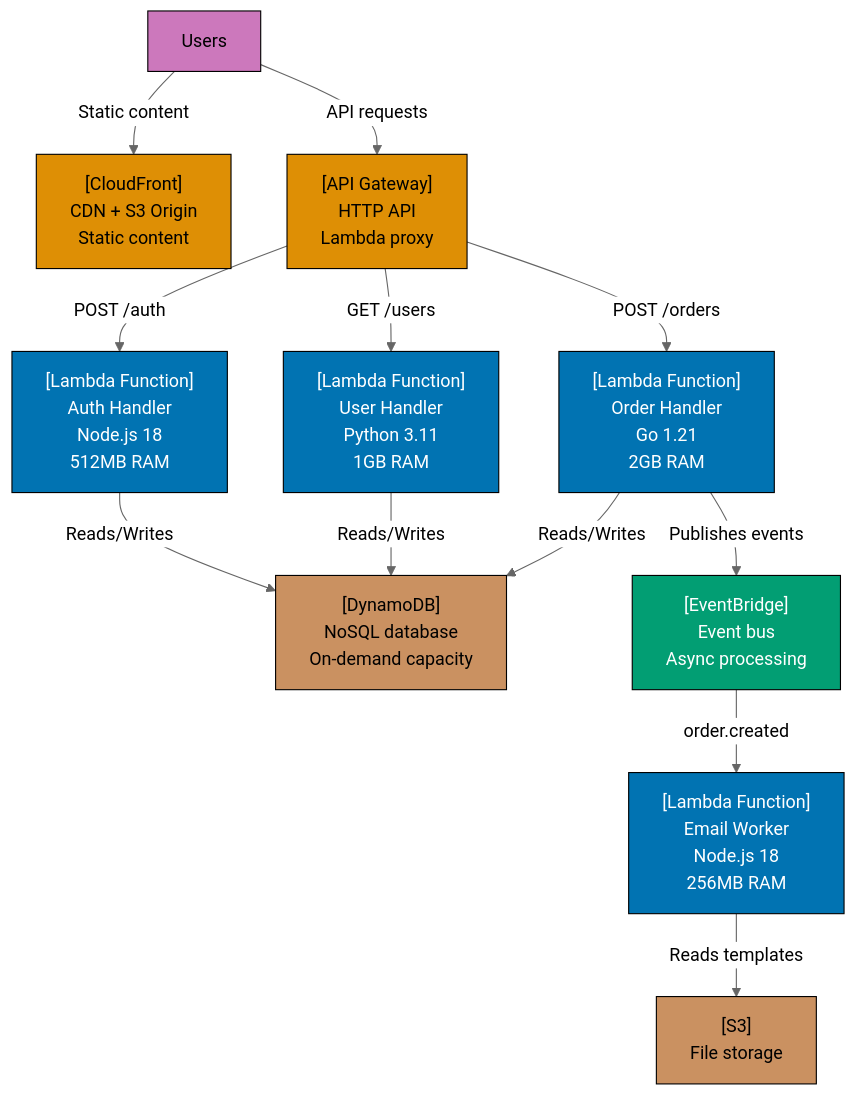
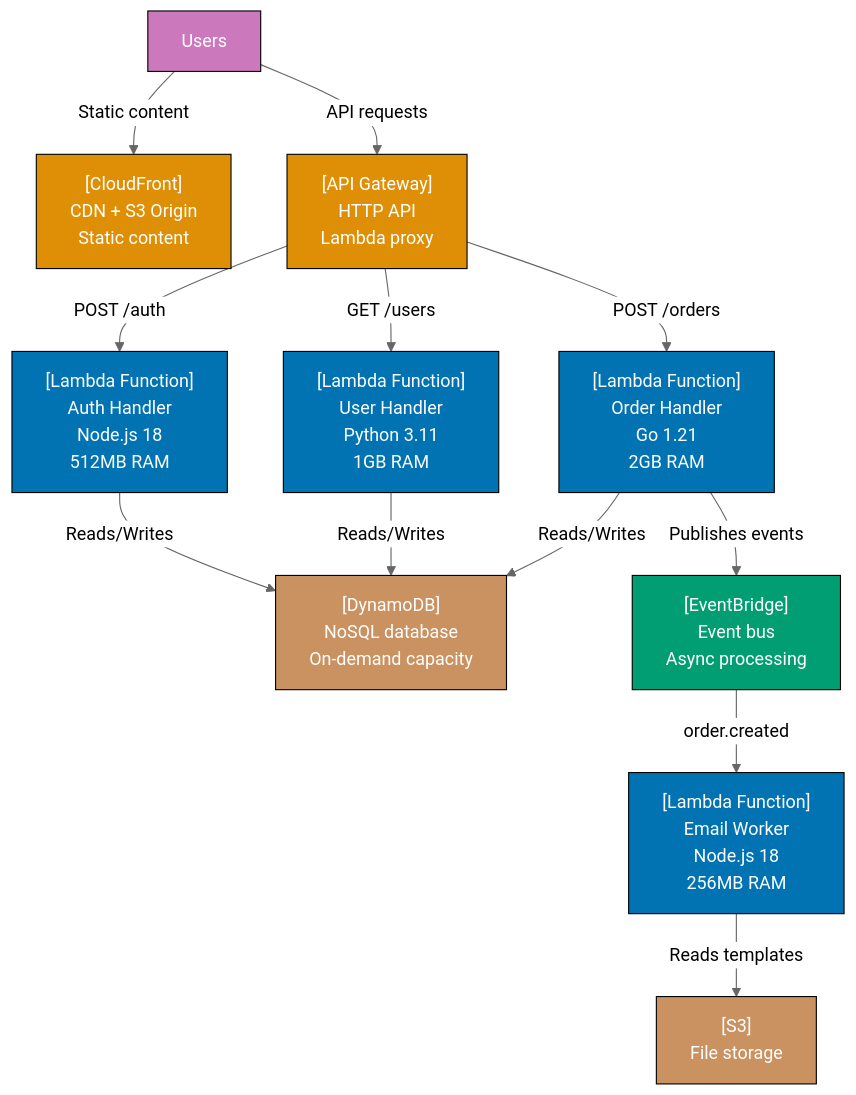
Before and after one commit to wahidyankf/open-sharia-enterprise: diagram 14 of 30 in apps/ayokoding-web/content/en/learn/software-engineering/architecture/c4-architecture-model/by-example/intermediate.md, drawn with Mermaid (neutral theme). The commit also changed other lines of this file and 61 other files, not shown here.

First line of the commit message:
fix(ayokoding-web): quote Mermaid node labels with special characters in Example 63

````diff
--- a/apps/ayokoding-web/content/en/learn/software-engineering/architecture/c4-architecture-model/by-example/intermediate.md
+++ b/apps/ayokoding-web/content/en/learn/software-engineering/architecture/c4-architecture-model/by-example/intermediate.md
@@ -818,44 +818,44 @@
 ```mermaid
 graph TD
     Users["Users"]
 
     CloudFront["[CloudFront]<br/>CDN + S3 Origin<br/>Static content"]
     APIGateway["[API Gateway]<br/>HTTP API<br/>Lambda proxy"]
 
     AuthFunction["[Lambda Function]<br/>Auth Handler<br/>Node.js 18<br/>512MB RAM"]
     UserFunction["[Lambda Function]<br/>User Handler<br/>Python 3.11<br/>1GB RAM"]
     OrderFunction["[Lambda Function]<br/>Order Handler<br/>Go 1.21<br/>2GB RAM"]
 
     EventBridge["[EventBridge]<br/>Event bus<br/>Async processing"]
 
     EmailFunction["[Lambda Function]<br/>Email Worker<br/>Node.js 18<br/>256MB RAM"]
 
     DynamoDB["[DynamoDB]<br/>NoSQL database<br/>On-demand capacity"]
     S3["[S3]<br/>File storage"]
 
     Users -->|Static content| CloudFront
     Users -->|API requests| APIGateway
 
     APIGateway -->|POST /auth| AuthFunction
     APIGateway -->|GET /users| UserFunction
     APIGateway -->|POST /orders| OrderFunction
 
     AuthFunction -->|Reads/Writes| DynamoDB
     UserFunction -->|Reads/Writes| DynamoDB
     OrderFunction -->|Reads/Writes| DynamoDB
     OrderFunction -->|Publishes events| EventBridge
 
     EventBridge -->|order.created| EmailFunction
     EmailFunction -->|Reads templates| S3
 
-    style Users fill:#CC78BC,stroke:#000,color:#000
-    style CloudFront fill:#DE8F05,stroke:#000,color:#000
-    style APIGateway fill:#DE8F05,stroke:#000,color:#000
+    style Users fill:#CC78BC,stroke:#000,color:#fff
+    style CloudFront fill:#DE8F05,stroke:#000,color:#fff
+    style APIGateway fill:#DE8F05,stroke:#000,color:#fff
     style AuthFunction fill:#0173B2,stroke:#000,color:#fff
     style UserFunction fill:#0173B2,stroke:#000,color:#fff
     style OrderFunction fill:#0173B2,stroke:#000,color:#fff
     style EventBridge fill:#029E73,stroke:#000,color:#fff
     style EmailFunction fill:#0173B2,stroke:#000,color:#fff
-    style DynamoDB fill:#CA9161,stroke:#000,color:#000
-    style S3 fill:#CA9161,stroke:#000,color:#000
+    style DynamoDB fill:#CA9161,stroke:#000,color:#fff
+    style S3 fill:#CA9161,stroke:#000,color:#fff
 ```
````
